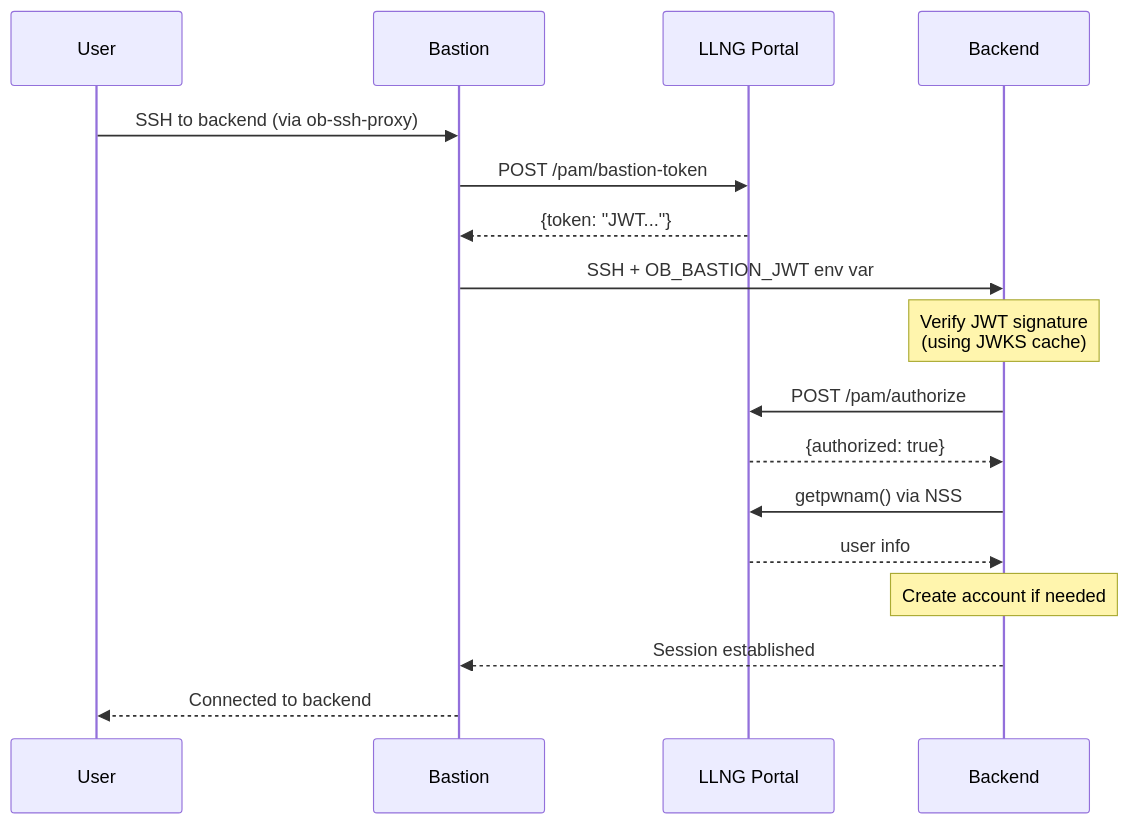
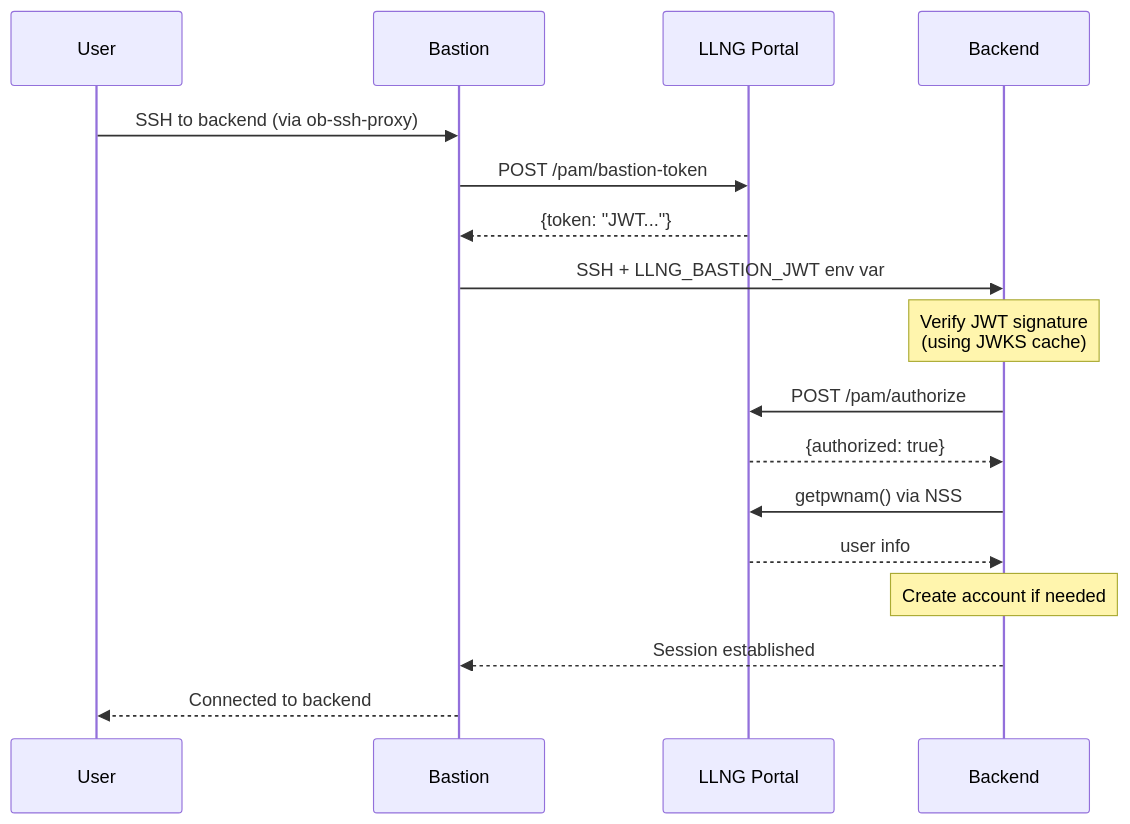
Before and after one commit to linagora/open-bastion: the fourth of 7 diagrams in doc/bastion-architecture.md, drawn with Mermaid. The commit also changed other lines of this file and 15 other files, not shown here.

````diff
--- a/doc/bastion-architecture.md
+++ b/doc/bastion-architecture.md
@@ -125,27 +125,27 @@
 ```mermaid
 sequenceDiagram
     participant User
     participant Bastion
     participant LLNG as LLNG Portal
     participant Backend
 
     User->>Bastion: SSH to backend (via ob-ssh-proxy)
 
     Bastion->>LLNG: POST /pam/bastion-token
     LLNG-->>Bastion: {token: "JWT..."}
 
-    Bastion->>Backend: SSH + OB_BASTION_JWT env var
+    Bastion->>Backend: SSH + LLNG_BASTION_JWT env var
 
     Note over Backend: Verify JWT signature<br/>(using JWKS cache)
 
     Backend->>LLNG: POST /pam/authorize
     LLNG-->>Backend: {authorized: true}
 
     Backend->>LLNG: getpwnam() via NSS
     LLNG-->>Backend: user info
 
     Note over Backend: Create account if needed
 
     Backend-->>Bastion: Session established
     Bastion-->>User: Connected to backend
 ```
````
